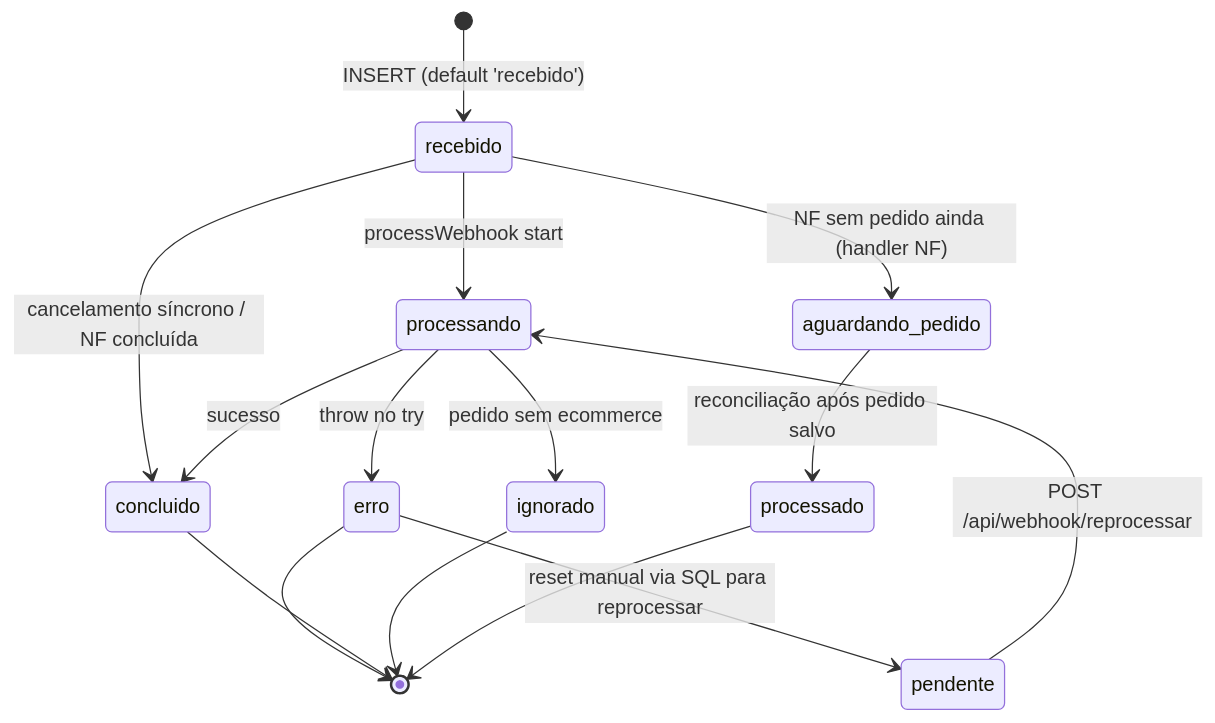
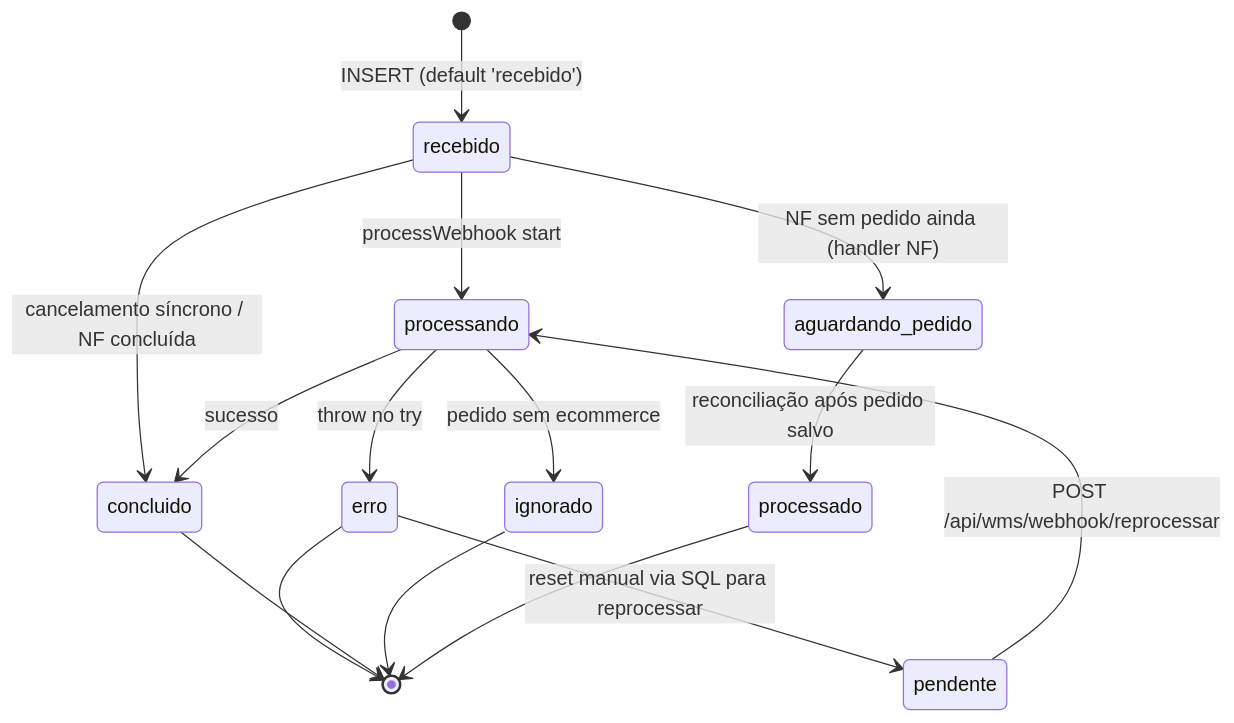
Before and after one commit to Eryk-dev/estoquelever: the fourth of 5 diagrams in docs/fluxos/01-webhook-pedido.md, drawn with Mermaid. The commit also changed other lines of this file and 20 other files, not shown here.

````diff
--- a/docs/fluxos/01-webhook-pedido.md
+++ b/docs/fluxos/01-webhook-pedido.md
@@ -911,17 +911,17 @@
 ```mermaid
 stateDiagram-v2
     [*] --> recebido: INSERT (default 'recebido')
     recebido --> processando: processWebhook start
     recebido --> concluido: cancelamento síncrono / NF concluída
     recebido --> aguardando_pedido: NF sem pedido ainda (handler NF)
     processando --> concluido: sucesso
     processando --> erro: throw no try
     processando --> ignorado: pedido sem ecommerce
     aguardando_pedido --> processado: reconciliação após pedido salvo
     erro --> pendente: reset manual via SQL para reprocessar
-    pendente --> processando: POST /api/webhook/reprocessar
+    pendente --> processando: POST /api/wms/webhook/reprocessar
     erro --> [*]
     concluido --> [*]
     ignorado --> [*]
     processado --> [*]
 ```
````
